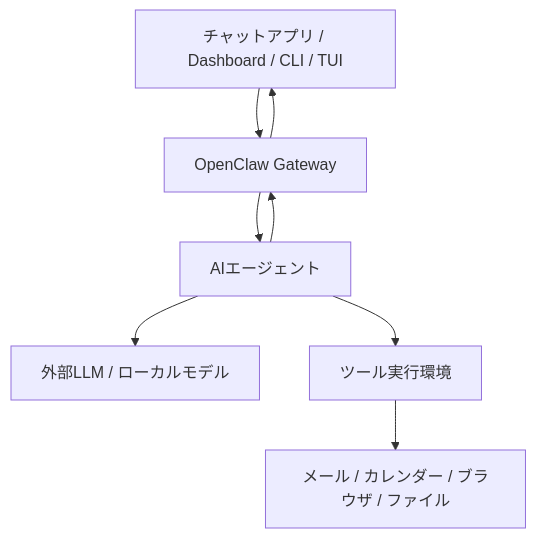
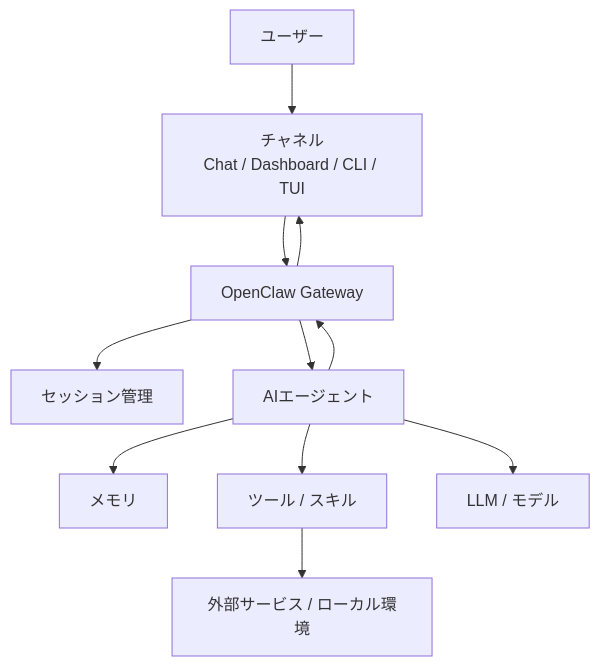
The first of 2 diagrams in slides/test-v2.md (ShunsukeTamura06/openclaw-study-session), drawn with Mermaid before and after one commit. The commit also changed other lines of this file, not shown here.

Commit message:
Rebuild v2 deck with coherent slide flow

````diff
--- a/slides/test-v2.md
+++ b/slides/test-v2.md
@@ -116,10 +123,13 @@
 ```mermaid
 flowchart TD
-    C[チャットアプリ / Dashboard / CLI / TUI] --> G[OpenClaw Gateway]
+    U[ユーザー] --> C[チャネル<br/>Chat / Dashboard / CLI / TUI]
+    C --> G[OpenClaw Gateway]
+    G --> S[セッション管理]
     G --> A[AIエージェント]
-    A --> L[外部LLM / ローカルモデル]
-    A --> T[ツール実行環境]
-    T --> F[メール / カレンダー / ブラウザ / ファイル]
+    A --> M[メモリ]
+    A --> T[ツール / スキル]
+    A --> L[LLM / モデル]
+    T --> X[外部サービス / ローカル環境]
     A --> G
     G --> C
 ```
````
